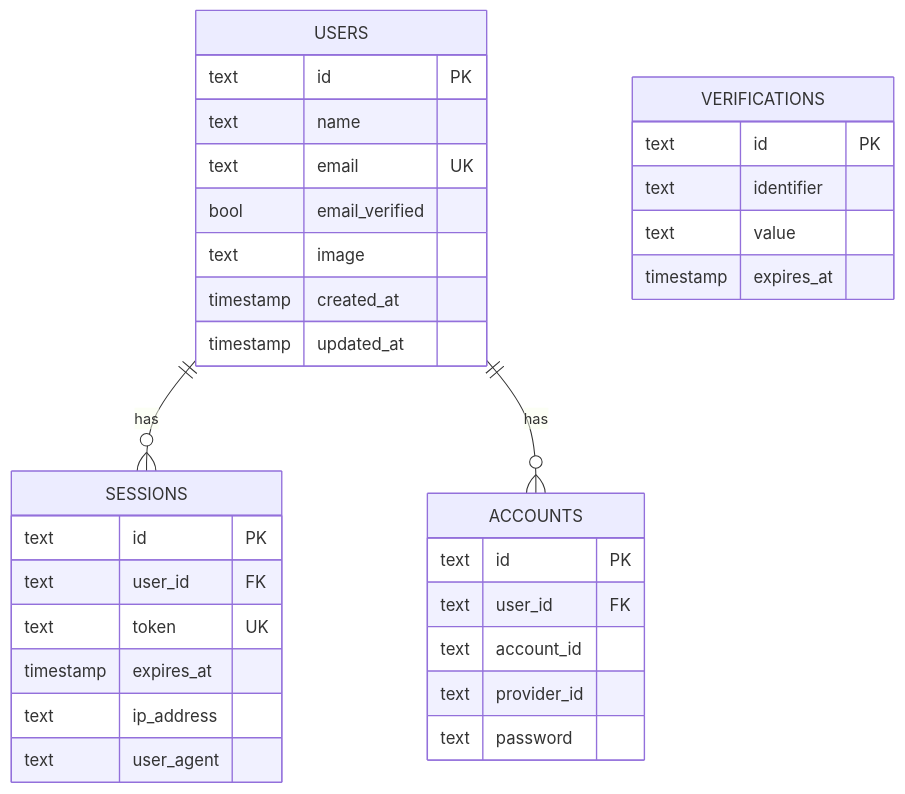
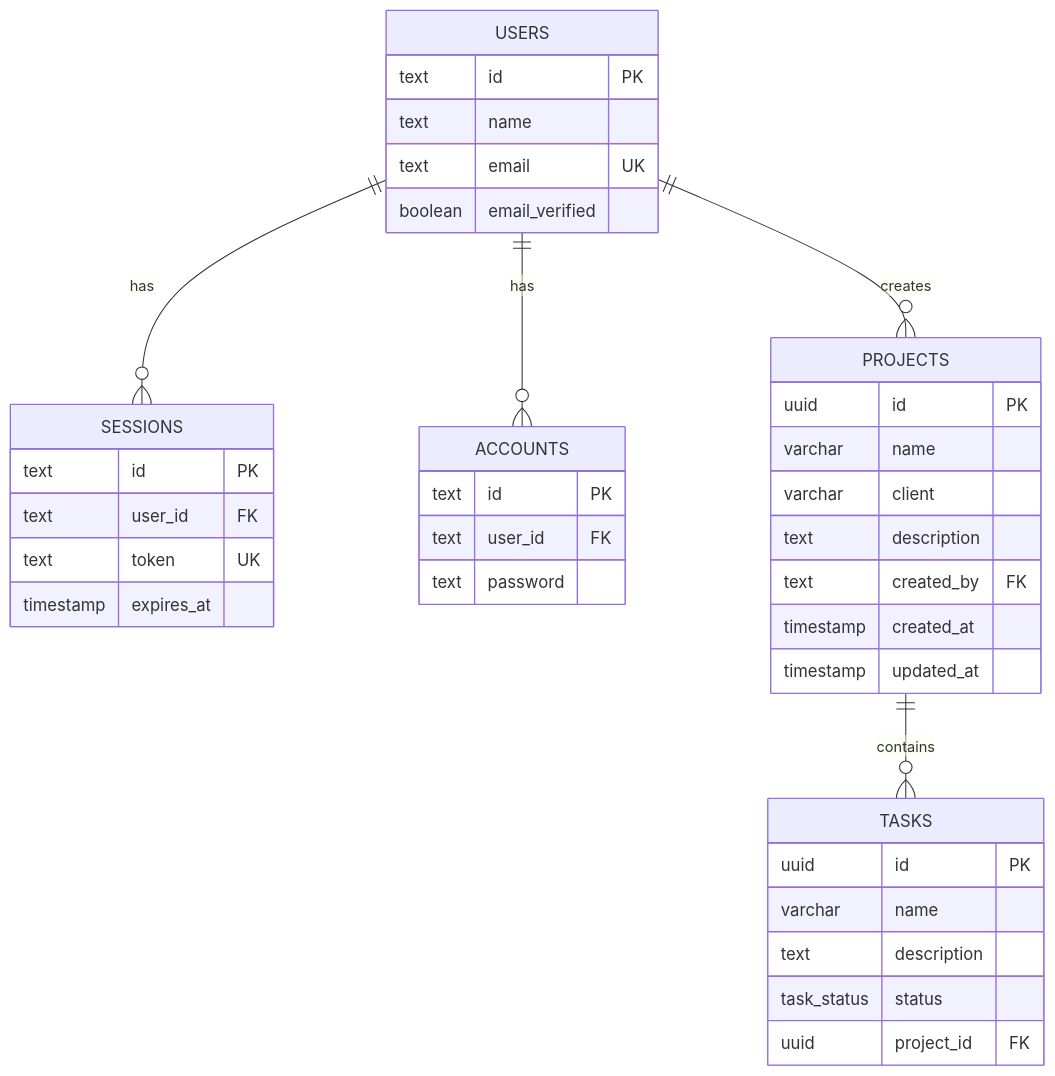
Before and after one commit to diegopardodev/uptask: the diagram in README.md, drawn with Mermaid. The commit also changed other lines of this file and 32 other files, not shown here.

````diff
--- a/README.md
+++ b/README.md
@@ -115,36 +86,41 @@
 ```mermaid
 erDiagram
     USERS ||--o{ SESSIONS : has
     USERS ||--o{ ACCOUNTS : has
+    USERS ||--o{ PROJECTS : creates
+    PROJECTS ||--o{ TASKS : contains
 
     USERS {
         text id PK
         text name
         text email UK
-        bool email_verified
-        text image
-        timestamp created_at
-        timestamp updated_at
+        boolean email_verified
     }
     SESSIONS {
         text id PK
         text user_id FK
         text token UK
         timestamp expires_at
-        text ip_address
-        text user_agent
     }
     ACCOUNTS {
         text id PK
         text user_id FK
-        text account_id
-        text provider_id
         text password
     }
-    VERIFICATIONS {
-        text id PK
-        text identifier
-        text value
-        timestamp expires_at
+    PROJECTS {
+        uuid id PK
+        varchar name
+        varchar client
+        text description
+        text created_by FK
+        timestamp created_at
+        timestamp updated_at
+    }
+    TASKS {
+        uuid id PK
+        varchar name
+        text description
+        task_status status
+        uuid project_id FK
     }
 ```
````
